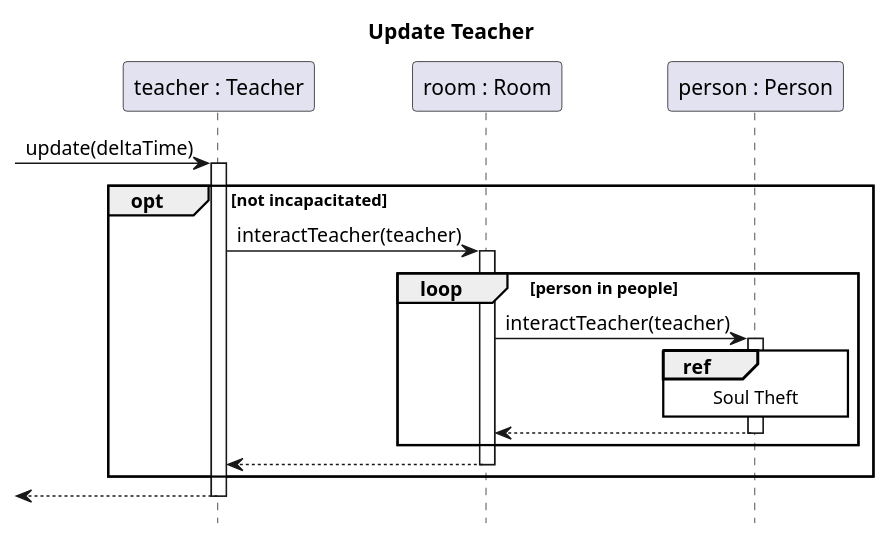
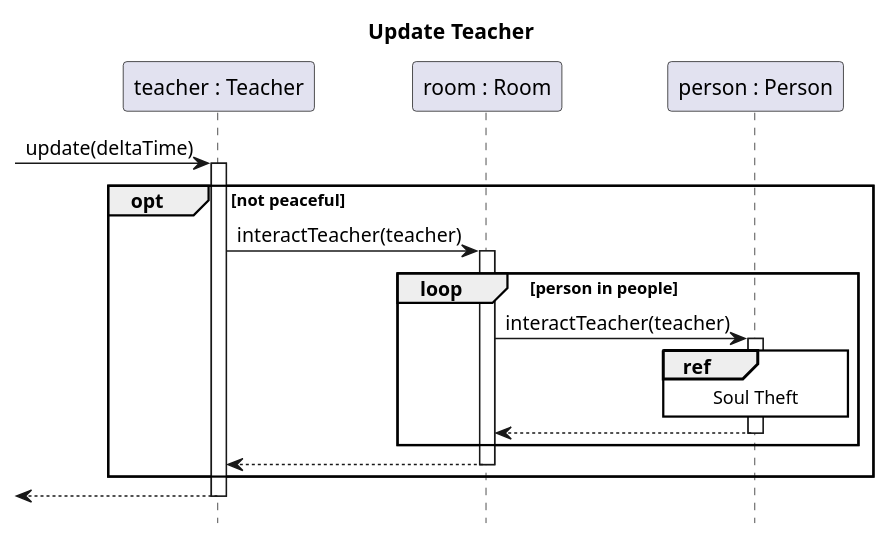
Before and after one commit to sn4k3ch4rm3r/logarlec: the diagram in docs/diagrams/sequence/teacher-update.puml, drawn with PlantUML. The commit also changed 4 other files, not shown here.

```diff
--- a/docs/diagrams/sequence/teacher-update.puml
+++ b/docs/diagrams/sequence/teacher-update.puml
@@ -1,22 +1,22 @@
 @startuml teacher-update
 title Update Teacher
 hide footbox
 skinparam SequenceReferenceBackgroundColor white
 
 participant "teacher : Teacher" as teacher
 participant "room : Room" as room
 participant "person : Person" as person
 
 [-> teacher ++: update(deltaTime)
-	opt not incapacitated
+	opt not peaceful
 		teacher -> room ++: interactTeacher(teacher)
 			loop person in people
 				room -> person ++: interactTeacher(teacher)
 					ref over person: Soul Theft
 				return
 			end
 		return
 	end
 return 
 
 @enduml
```
